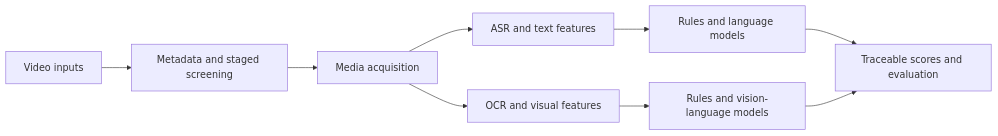
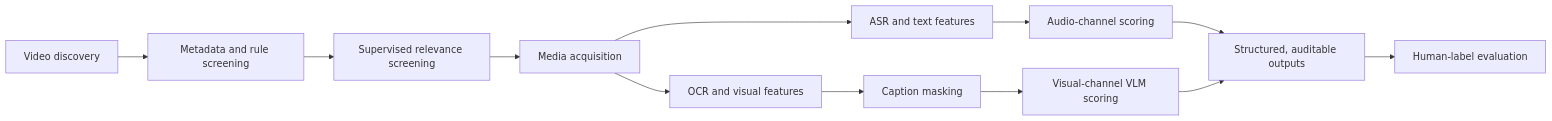
The diagram in README.md (sylvia-yyl/multimodal-health-video-assessment), drawn with Mermaid before and after one commit. The commit also changed other lines of this file, not shown here.

````diff
--- a/README.md
+++ b/README.md
@@ -9,11 +11,14 @@
 ```mermaid
 flowchart LR
-    A[Video inputs] --> B[Metadata and staged screening]
-    B --> C[Media acquisition]
-    C --> D[ASR and text features]
-    C --> E[OCR and visual features]
-    D --> F[Rules and language models]
-    E --> G[Rules and vision-language models]
-    F --> H[Traceable scores and evaluation]
-    G --> H
+    A[Video discovery] --> B[Metadata and rule screening]
+    B --> C[Supervised relevance screening]
+    C --> D[Media acquisition]
+    D --> E[ASR and text features]
+    D --> F[OCR and visual features]
+    E --> G[Audio-channel scoring]
+    F --> H[Caption masking]
+    H --> I[Visual-channel VLM scoring]
+    G --> J[Structured, auditable outputs]
+    I --> J
+    J --> K[Human-label evaluation]
 ```
````
